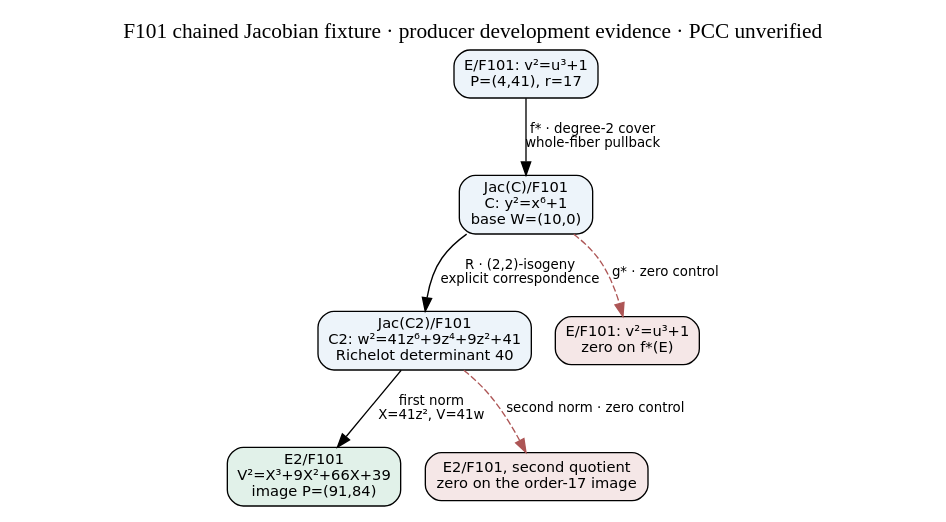
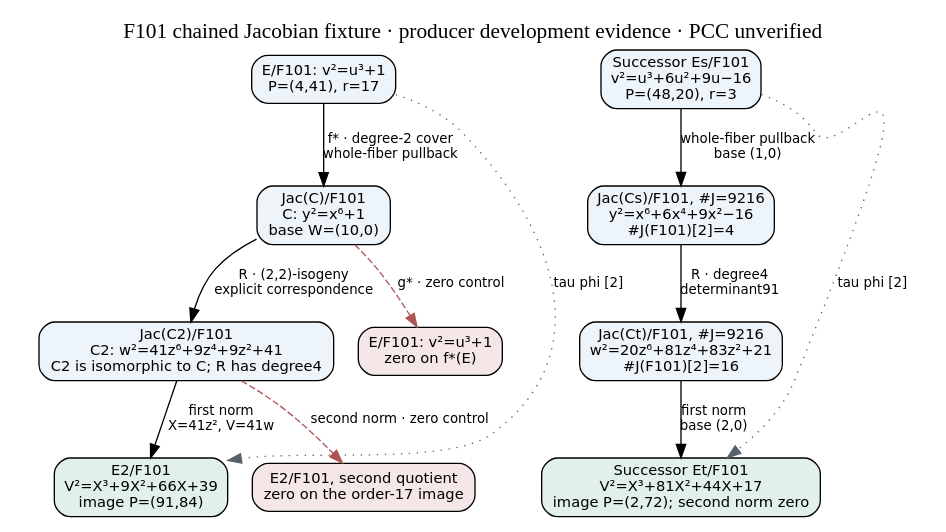
One commit to isogeny-labs/crypto changed the diagram in research/chained_jacobian_transfers_20261110/route.dot. Above: the diagram before and after it, drawn with Graphviz. The commit also changed 38 other files, not shown here.

```diff
--- a/research/chained_jacobian_transfers_20261110/route.dot
+++ b/research/chained_jacobian_transfers_20261110/route.dot
@@ -1,17 +1,27 @@
 digraph route {
   graph [rankdir=TB, bgcolor="white", labelloc=t,
     label="F101 chained Jacobian fixture · producer development evidence · PCC unverified", fontsize=16];
   node [shape=box, style="rounded,filled", fillcolor="#edf4fa", fontname="DejaVu Sans", fontsize=11];
   edge [fontname="DejaVu Sans", fontsize=10];
   E [label="E/F101: v²=u³+1\nP=(4,41), r=17"];
   J [label="Jac(C)/F101\nC: y²=x⁶+1\nbase W=(10,0)"];
-  J2 [label="Jac(C2)/F101\nC2: w²=41z⁶+9z⁴+9z²+41\nRichelot determinant 40"];
+  J2 [label="Jac(C2)/F101\nC2: w²=41z⁶+9z⁴+9z²+41\nC2 is isomorphic to C; R has degree4"];
   E2 [label="E2/F101\nV²=X³+9X²+66X+39\nimage P=(91,84)", fillcolor="#e1f1e9"];
   Z [label="E/F101: v²=u³+1\nzero on f*(E)", fillcolor="#f5e7e7"];
   Z2 [label="E2/F101, second quotient\nzero on the order-17 image", fillcolor="#f5e7e7"];
   E -> J [label="f* · degree-2 cover\nwhole-fiber pullback"];
   J -> J2 [label="R · (2,2)-isogeny\nexplicit correspondence"];
   J2 -> E2 [label="first norm\nX=41z², V=41w"];
   J -> Z [label="g* · zero control", style=dashed, color="#ad5555"];
   J2 -> Z2 [label="second norm · zero control", style=dashed, color="#ad5555"];
+  E -> E2 [label="tau phi [2]", style=dotted, color="#59616b", constraint=false];
+
+  ES [label="Successor Es/F101\nv²=u³+6u²+9u−16\nP=(48,20), r=3"];
+  JS [label="Jac(Cs)/F101, #J=9216\ny²=x⁶+6x⁴+9x²−16\n#J(F101)[2]=4"];
+  JT [label="Jac(Ct)/F101, #J=9216\nw²=20z⁶+81z⁴+83z²+21\n#J(F101)[2]=16"];
+  ET [label="Successor Et/F101\nV²=X³+81X²+44X+17\nimage P=(2,72); second norm zero", fillcolor="#e1f1e9"];
+  ES -> JS [label="whole-fiber pullback\nbase (1,0)"];
+  JS -> JT [label="R · degree4\ndeterminant91"];
+  JT -> ET [label="first norm\nbase (2,0)"];
+  ES -> ET [label="tau phi [2]", style=dotted, color="#59616b", constraint=false];
 }
```
